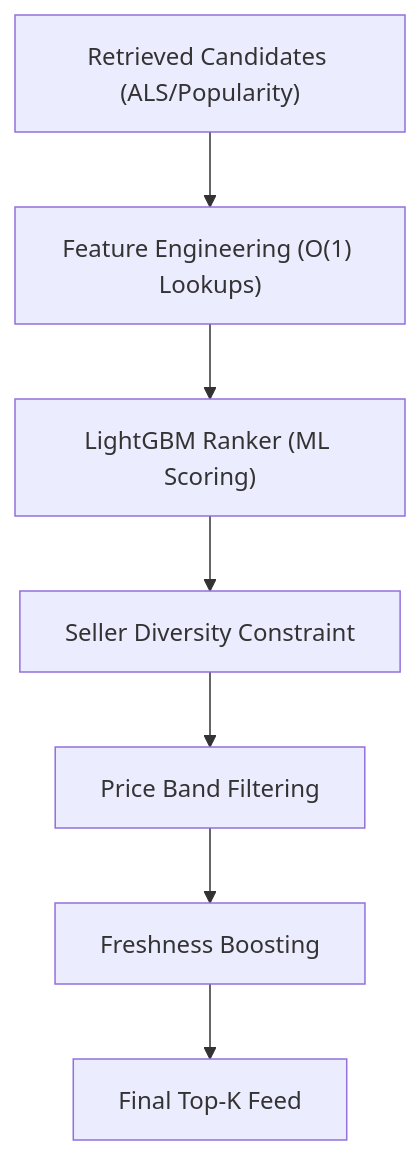
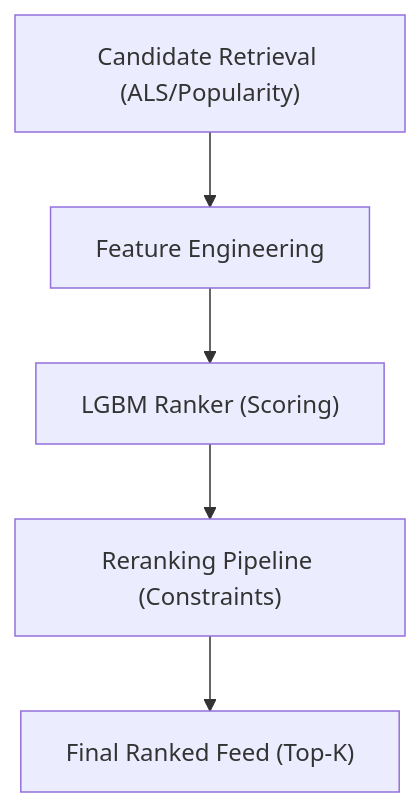
The diagram in docs/sohamukute/feedrank/4_ranking_reranking.mdx (shinymacktest/gitdex-docs), drawn with Mermaid before and after one commit. The commit also changed other lines of this file and 10 other files, not shown here.

````diff
--- a/docs/sohamukute/feedrank/4_ranking_reranking.mdx
+++ b/docs/sohamukute/feedrank/4_ranking_reranking.mdx
@@ -14,9 +14,7 @@
 ```mermaid
 graph TD
-    A["Retrieved Candidates (ALS/Popularity)"] --> B["Feature Engineering (O(1) Lookups)"]
-    B --> C["LightGBM Ranker (ML Scoring)"]
-    C --> D["Seller Diversity Constraint"]
-    D --> E["Price Band Filtering"]
-    E --> F["Freshness Boosting"]
-    F --> G["Final Top-K Feed"]
+    A["Candidate Retrieval (ALS/Popularity)"] --> B["Feature Engineering"]
+    B --> C["LGBM Ranker (Scoring)"]
+    C --> D["Reranking Pipeline (Constraints)"]
+    D --> E["Final Ranked Feed (Top-K)"]
 ```
````
